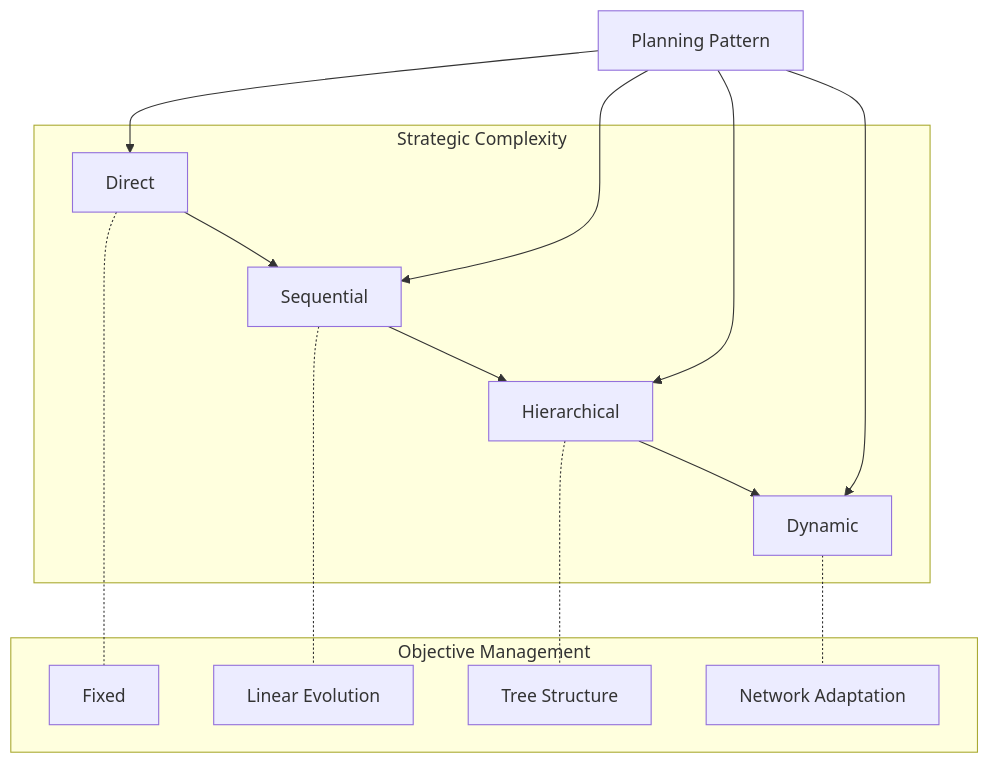
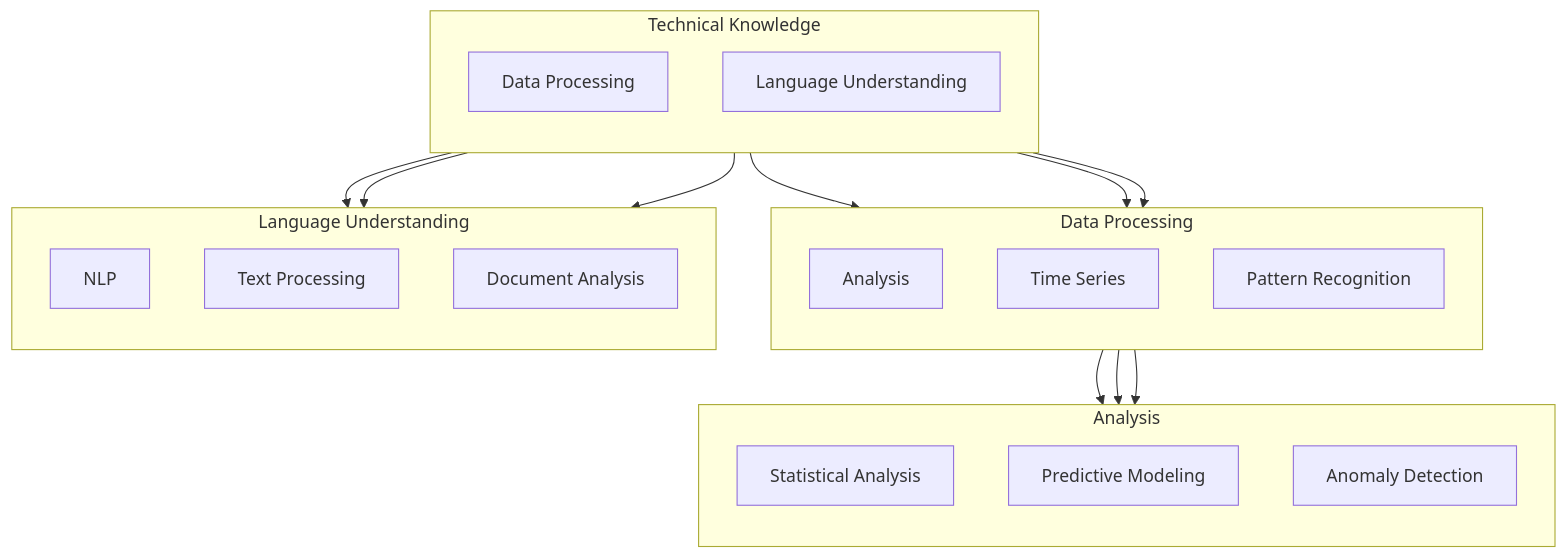
One commit to aitomatic/dana changed the second of 3 diagrams in opendxa/execution/planning/README.md. Above: the diagram before and after it, drawn with Mermaid. The commit also changed other lines of this file and 26 other files, not shown here.

First line of the commit message:
Refactor OpenDXA architecture and enhance documentation

````diff
--- a/opendxa/execution/planning/README.md
+++ b/opendxa/execution/planning/README.md
@@ -28,20 +39,39 @@
 ```mermaid
-graph TB
-    A[Planning Pattern] --> B[Direct]
-    A --> C[Sequential]
-    A --> D[Hierarchical]
-    A --> E[Dynamic]
-    
-    subgraph "Strategic Complexity"
-        B --> C
-        C --> D
-        D --> E
+graph TD
+    subgraph "Technical Knowledge"
+        direction TB
+        TK1[Data Processing]
+        TK2[Language Understanding]
     end
-    
-    subgraph "Objective Management"
-        B -.- F[Fixed]
-        C -.- G[Linear Evolution]
-        D -.- H[Tree Structure]
-        E -.- I[Network Adaptation]
+
+    subgraph "Data Processing"
+        direction TB
+        DP1[Analysis]
+        DP2[Time Series]
+        DP3[Pattern Recognition]
     end
+
+    subgraph "Analysis"
+        direction TB
+        AN1[Statistical Analysis]
+        AN2[Predictive Modeling]
+        AN3[Anomaly Detection]
+    end
+
+    subgraph "Language Understanding"
+        direction TB
+        LU1[NLP]
+        LU2[Text Processing]
+        LU3[Document Analysis]
+    end
+
+    TK1 --> DP1
+    TK1 --> DP2
+    TK1 --> DP3
+    DP1 --> AN1
+    DP1 --> AN2
+    DP1 --> AN3
+    TK2 --> LU1
+    TK2 --> LU2
+    TK2 --> LU3
 ```
````
